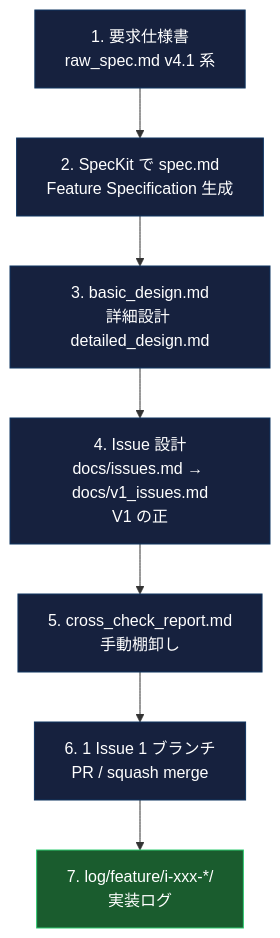
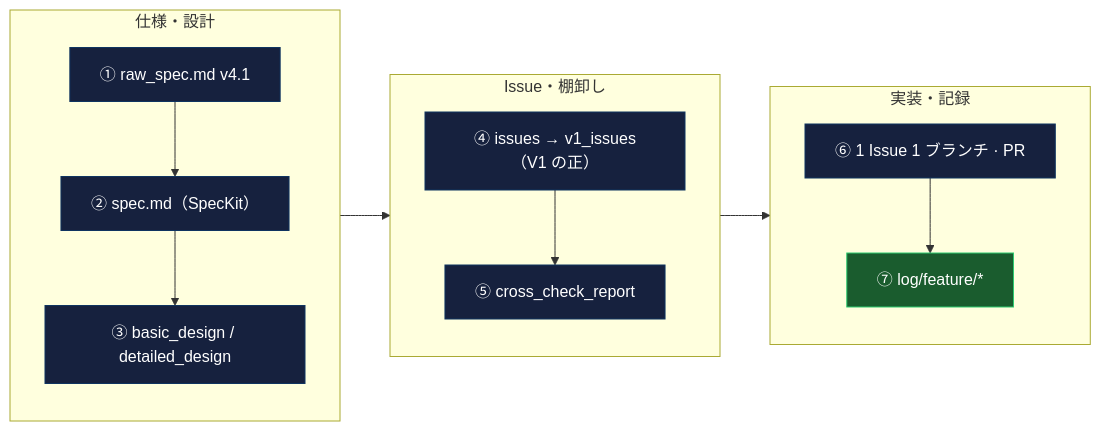
The fifth of 5 diagrams in README.md (omomi-moti/Karaoke_support), drawn with Mermaid before and after one commit. The commit also changed other lines of this file, not shown here.

````diff
--- a/README.md
+++ b/README.md
@@ -429,14 +481,22 @@
 ```mermaid
-flowchart TD
-    R["1. 要求仕様書<br>raw_spec.md v4.1 系"] --> S["2. SpecKit で spec.md<br>Feature Specification 生成"]
-    S --> BD["3. basic_design.md<br>詳細設計 detailed_design.md"]
-    BD --> ISS["4. Issue 設計<br>docs/issues.md → docs/v1_issues.md<br>V1 の正"]
-    ISS --> CC["5. cross_check_report.md<br>手動棚卸し"]
-    CC --> BR["6. 1 Issue 1 ブランチ<br>PR / squash merge"]
-    BR --> LG["7. log/feature/i-xxx-*/<br>実装ログ"]
+flowchart LR
+    subgraph G1["仕様・設計"]
+        direction TB
+        R["① raw_spec.md v4.1"] --> S["② spec.md（SpecKit）"]
+        S --> BD["③ basic_design / detailed_design"]
+    end
+    subgraph G2["Issue・棚卸し"]
+        direction TB
+        ISS["④ issues → v1_issues（V1 の正）"] --> CC["⑤ cross_check_report"]
+    end
+    subgraph G3["実装・記録"]
+        direction TB
+        BR["⑥ 1 Issue 1 ブランチ · PR"] --> LG["⑦ log/feature/*"]
+    end
+    G1 --> G2 --> G3
 
-    classDef specNode fill:#16213e,stroke:#0f3460,color:#fff
-    classDef specMilestone fill:#1a5c2e,stroke:#2ecc71,color:#fff
-    class R,S,BD,ISS,CC,BR specNode
-    class LG specMilestone
+    classDef nodeSpec fill:#16213e,stroke:#0f3460,color:#fff
+    classDef nodeMilestone fill:#1a5c2e,stroke:#2ecc71,color:#fff
+    class R,S,BD,ISS,CC,BR nodeSpec
+    class LG nodeMilestone
 ```
````
